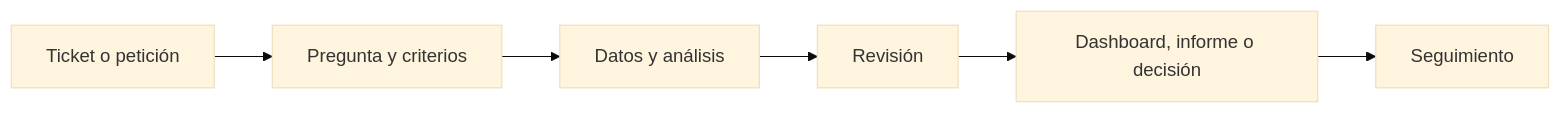
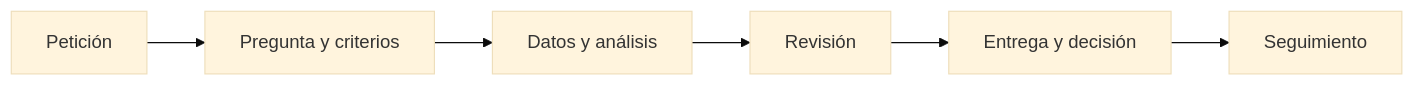
One commit to Ayhur/CursoAnalista changed diagram 31 of 33 in dist/markdown/temario-completo.md. Above: the diagram before and after it, drawn with Mermaid (base theme). The commit also changed other lines of this file and 30 other files, not shown here.

````diff
--- a/dist/markdown/temario-completo.md
+++ b/dist/markdown/temario-completo.md
@@ -2023,8 +2101,8 @@
 ```mermaid
 flowchart LR
-    A[Ticket o petición] --> B[Pregunta y criterios]
-    B --> C[Datos y análisis]
-    C --> D[Revisión]
-    D --> E[Dashboard, informe o decisión]
-    E --> F[Seguimiento]
+ A[Petición] --> B[Pregunta y criterios]
+ B --> C[Datos y análisis]
+ C --> D[Revisión]
+ D --> E[Entrega y decisión]
+ E --> F[Seguimiento]
 ```
````
